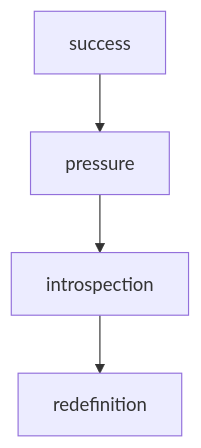
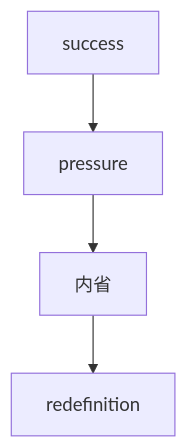
Before and after one commit to monumental-movement/monumental-movement.github.io: the third of 3 diagrams in en/_posts/2026-03-21-column-lauryn-hill.md, drawn with Mermaid. The commit also changed other lines of this file and 2196 other files, not shown here.

```diff
--- a/en/_posts/2026-03-21-column-lauryn-hill.md
+++ b/en/_posts/2026-03-21-column-lauryn-hill.md
@@ -164,6 +164,6 @@
 <div class="mermaid">
 graph TD
 A[success] --> B[pressure]
-B --> C[introspection]
+B --> C[内省]
 C --> D[redefinition]
 </div>
```
